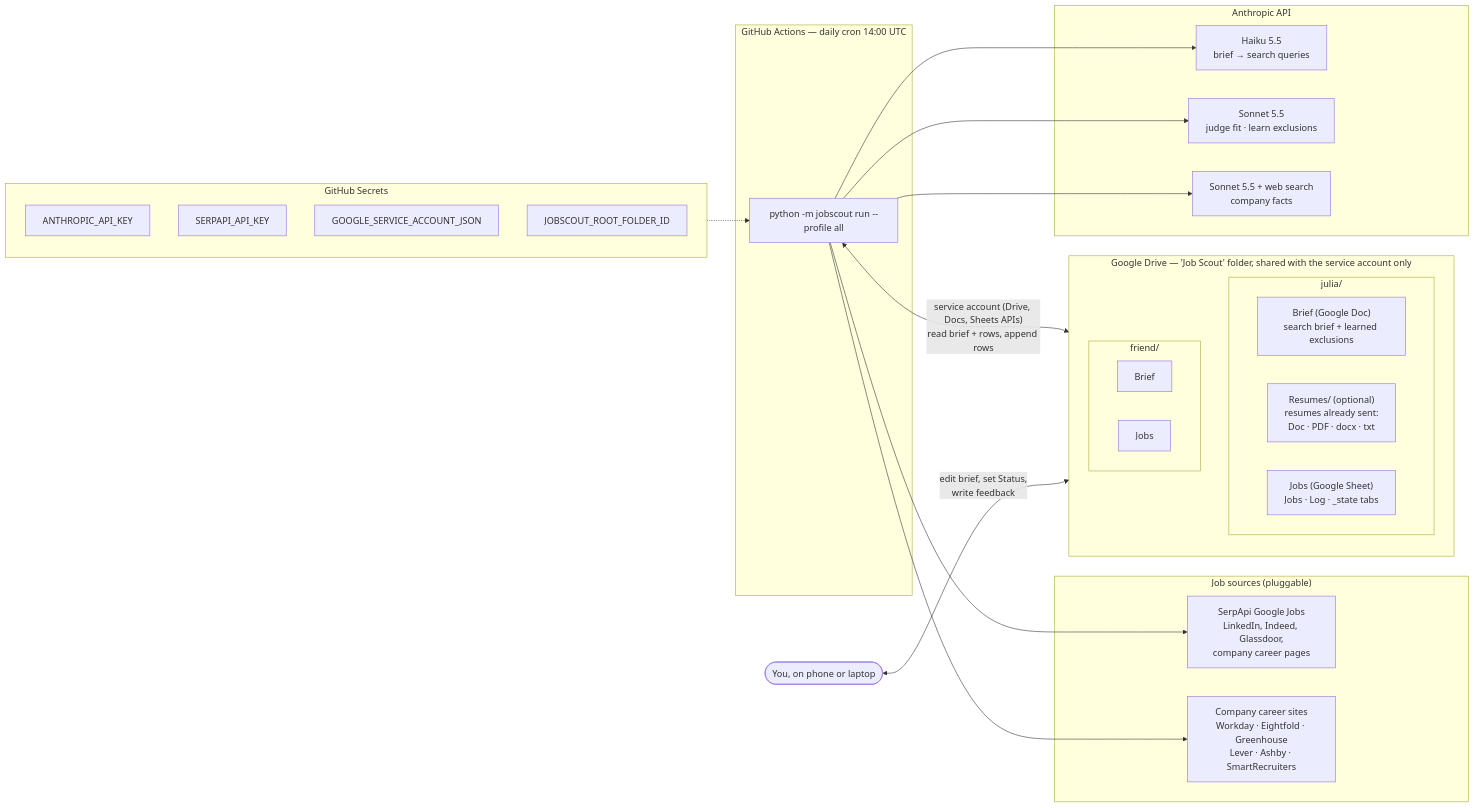
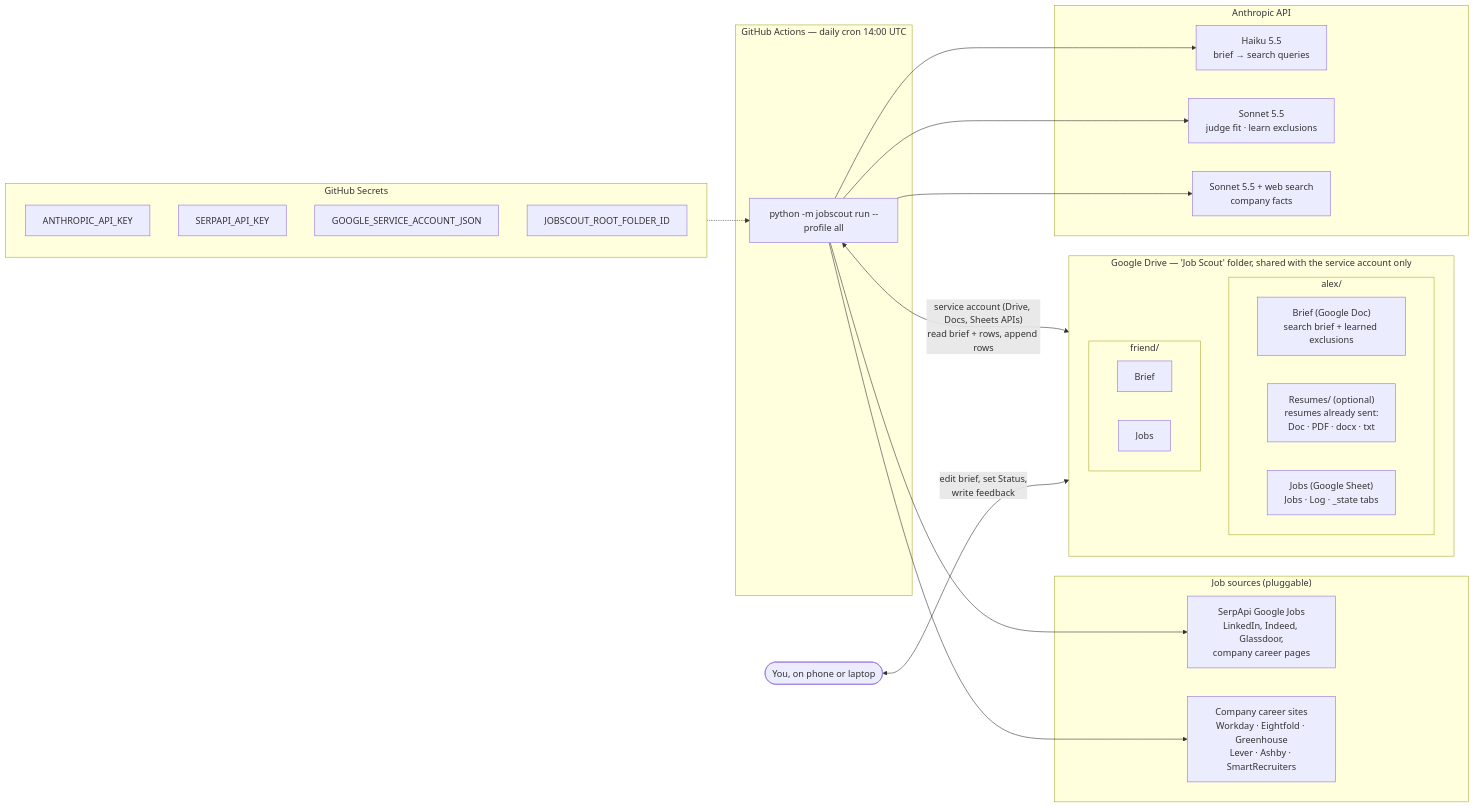
Before and after one commit to juliavasan/job-scout: the first of 5 diagrams in docs/ARCHITECTURE.md, drawn with Mermaid. The commit also changed 12 other files, not shown here.

````diff
--- a/docs/ARCHITECTURE.md
+++ b/docs/ARCHITECTURE.md
@@ -13,47 +13,47 @@
 ```mermaid
 flowchart LR
     subgraph GH["GitHub Actions — daily cron 14:00 UTC"]
         CLI["python -m jobscout run --profile all"]
     end
 
     subgraph SECRETS["GitHub Secrets"]
         direction TB
         S1["ANTHROPIC_API_KEY"]
         S2["SERPAPI_API_KEY"]
         S3["GOOGLE_SERVICE_ACCOUNT_JSON"]
         S4["JOBSCOUT_ROOT_FOLDER_ID"]
     end
 
     subgraph DRIVE["Google Drive — 'Job Scout' folder, shared with the service account only"]
         direction TB
-        subgraph P1["julia/"]
+        subgraph P1["alex/"]
             B1["Brief (Google Doc)<br/>search brief + learned exclusions"]
             R1["Resumes/ (optional)<br/>resumes already sent:<br/>Doc · PDF · docx · txt"]
             J1["Jobs (Google Sheet)<br/>Jobs · Log · _state tabs"]
         end
         subgraph P2["friend/"]
             B2["Brief"]
             J2["Jobs"]
         end
     end
 
     subgraph SOURCES["Job sources (pluggable)"]
         SERP["SerpApi Google Jobs<br/>LinkedIn, Indeed, Glassdoor,<br/>company career pages"]
         ATS["Company career sites<br/>Workday · Eightfold · Greenhouse<br/>Lever · Ashby · SmartRecruiters"]
     end
 
     subgraph CLAUDE["Anthropic API"]
         HAIKU["Haiku 5.5<br/>brief → search queries"]
         SONNET["Sonnet 5.5<br/>judge fit · learn exclusions"]
         WEB["Sonnet 5.5 + web search<br/>company facts"]
     end
 
     SECRETS -.-> CLI
     CLI <-->|"service account (Drive, Docs, Sheets APIs)<br/>read brief + rows, append rows"| DRIVE
     CLI --> HAIKU
     CLI --> SERP
     CLI --> ATS
     CLI --> SONNET
     CLI --> WEB
     USER(["You, on phone or laptop"]) <-->|"edit brief, set Status,<br/>write feedback"| DRIVE
 ```
````
